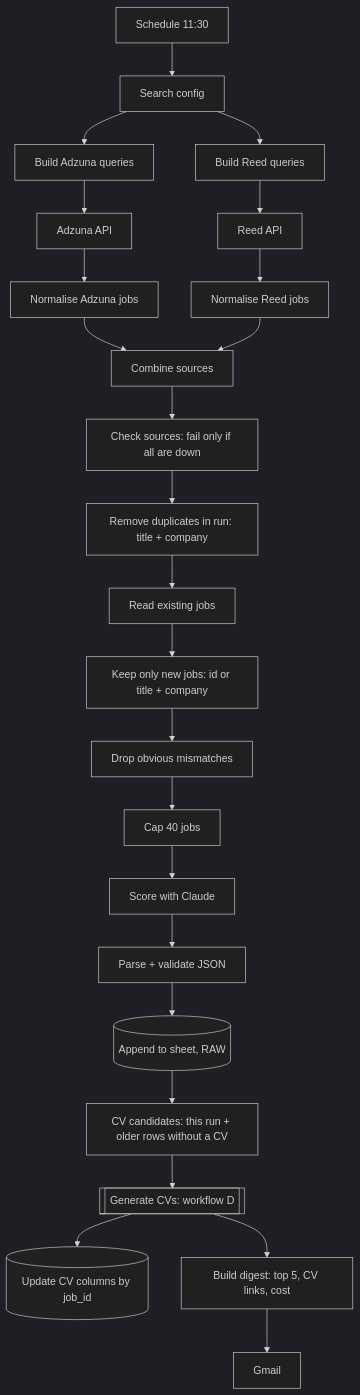
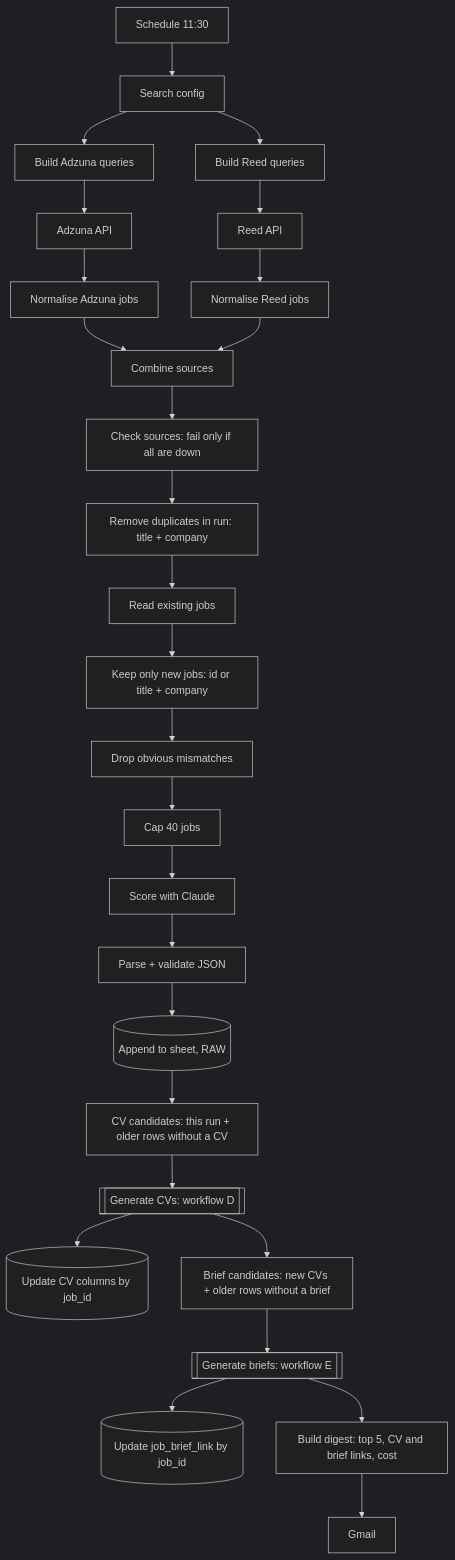
Before and after one commit to WilliamHepton/ai-job-search-assistant: the second of 6 diagrams in docs/architecture.md, drawn with Mermaid (dark theme). The commit also changed other lines of this file and 6 other files, not shown here.

First line of the commit message:
Add job brief PDFs for interview preparation

````diff
--- a/docs/architecture.md
+++ b/docs/architecture.md
@@ -17,16 +18,19 @@
 ```mermaid
 flowchart TD
     S[Schedule 11:30] --> CFG[Search config]
     CFG --> AQ[Build Adzuna queries] --> AZ[Adzuna API] --> AN[Normalise Adzuna jobs]
     CFG --> RQ[Build Reed queries] --> RD[Reed API] --> RN[Normalise Reed jobs]
     AN & RN --> M[Combine sources] --> CS[Check sources: fail only if all are down]
     CS --> D1[Remove duplicates in run: title + company]
     D1 --> RE[Read existing jobs] --> D2[Keep only new jobs: id or title + company]
     D2 --> F[Drop obvious mismatches] --> CAP[Cap 40 jobs]
     CAP --> SC[Score with Claude] --> P[Parse + validate JSON]
     P --> GS[(Append to sheet, RAW)]
     GS --> CC[CV candidates: this run + older rows without a CV]
     CC --> GEN[[Generate CVs: workflow D]]
     GEN --> UP[(Update CV columns by job_id)]
-    GEN --> DG[Build digest: top 5, CV links, cost] --> GM[Gmail]
+    GEN --> BC[Brief candidates: new CVs + older rows without a brief]
+    BC --> BR[[Generate briefs: workflow E]]
+    BR --> UB[(Update job_brief_link by job_id)]
+    BR --> DG[Build digest: top 5, CV and brief links, cost] --> GM[Gmail]
 ```
````
